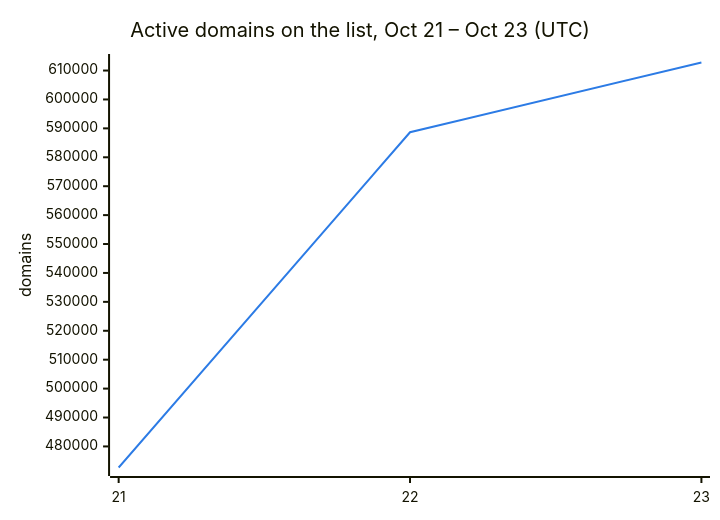
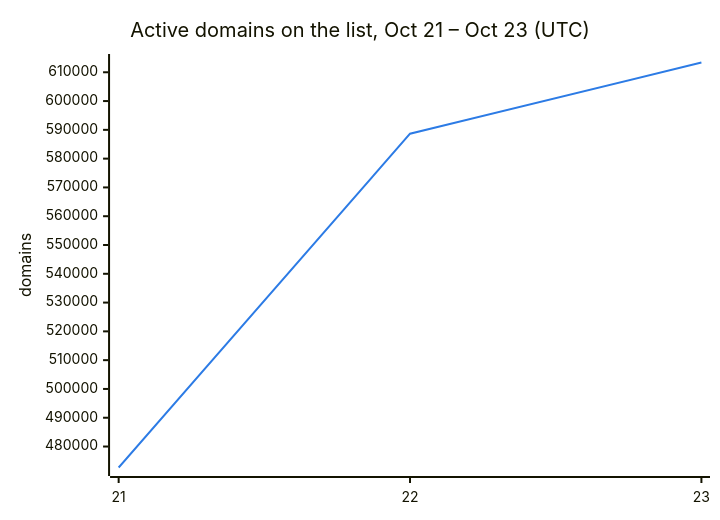
Before and after one commit to DNSBunker/CTI: the second of 3 diagrams in README.md, drawn with Mermaid. The commit also changed other lines of this file and 3 other files, not shown here.

````diff
--- a/README.md
+++ b/README.md
@@ -38,8 +38,8 @@
 ```mermaid
 %%{init: {"themeVariables": {"xyChart": {"plotColorPalette": "#2c7be5"}}}}%%
 xychart-beta
     title "Active domains on the list, Oct 21 – Oct 23 (UTC)"
     x-axis ["21", "22", "23"]
     y-axis "domains"
-    line [472713, 588659, 612782]
+    line [472713, 588659, 613394]
 ```
````
